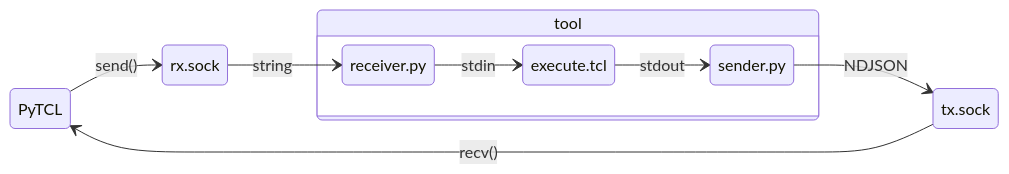
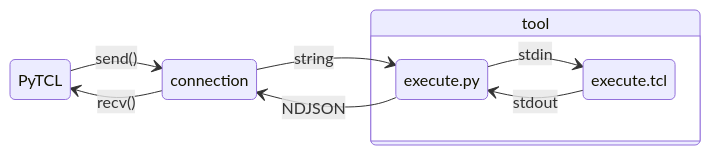
Before and after one commit to tymonx/pytcl: the diagram in README.md, drawn with Mermaid. The commit also changed other lines of this file and 6 other files, not shown here.

First line of the commit message:
BREAKING CHANGE: Simplify to execute.tcl <address>

````diff
--- a/README.md
+++ b/README.md
@@ -117,12 +111,12 @@
 ```mermaid
 stateDiagram-v2
     direction LR
-    PyTCL --> rx.sock: send()
-    rx.sock --> receiver.py: string
+    PyTCL --> connection: send()
+    connection --> execute.py: string
     state tool {
-        receiver.py --> execute.tcl: stdin
-        execute.tcl --> sender.py: stdout
+        execute.py --> execute.tcl: stdin
+        execute.tcl --> execute.py: stdout
     }
-    sender.py --> tx.sock: NDJSON
-    tx.sock --> PyTCL: recv()
+    execute.py --> connection: NDJSON
+    connection --> PyTCL: recv()
 ```
````
